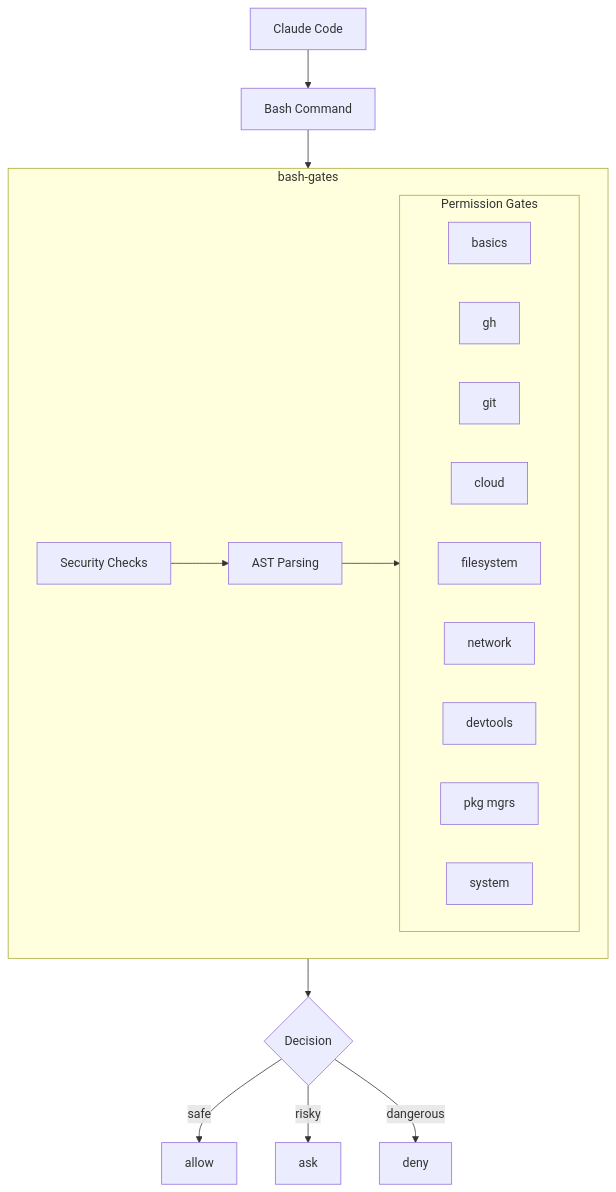
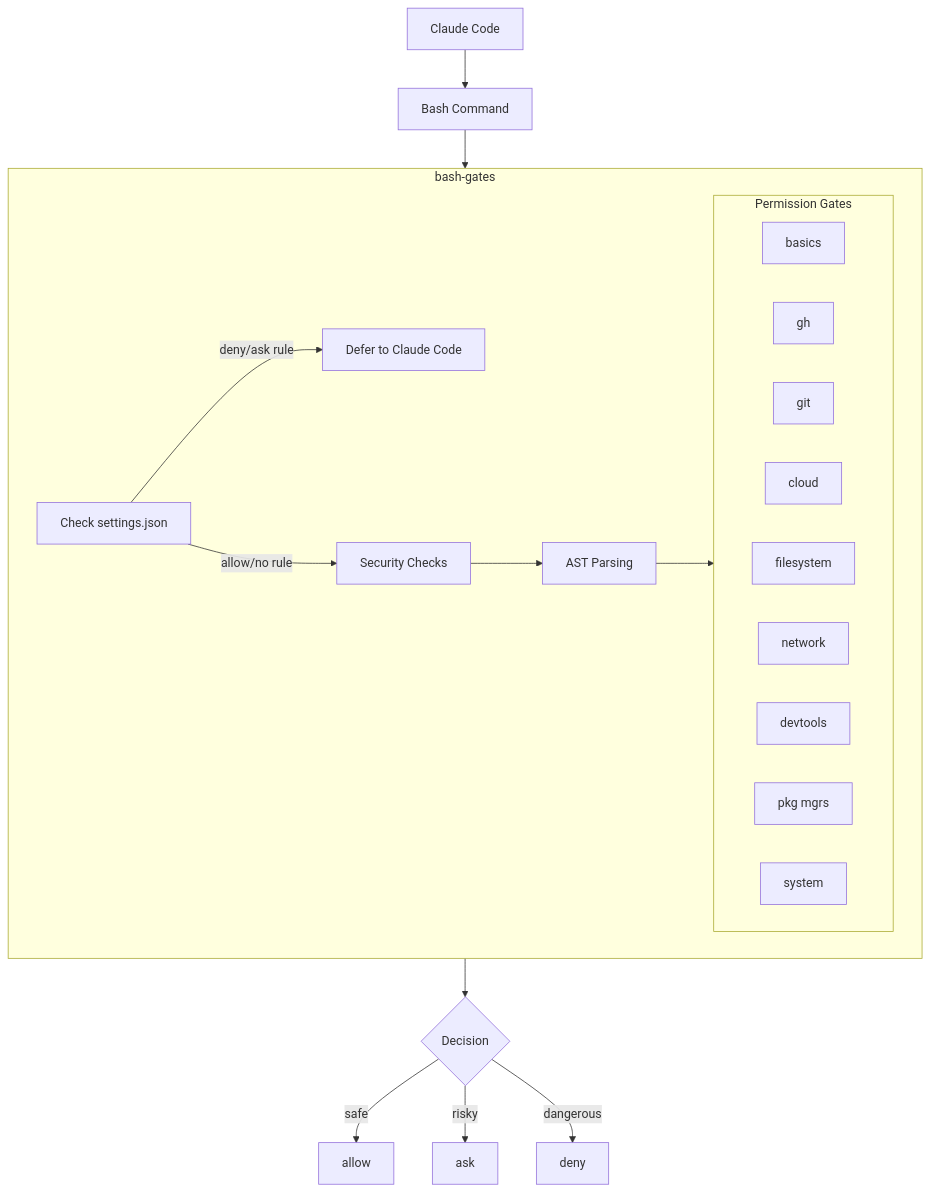
One commit to camjac251/bash-gates changed the diagram in README.md. Above: the diagram before and after it, drawn with Mermaid. The commit also changed other lines of this file and 7 other files, not shown here.

First line of the commit message:
feat(settings): integrate settings.json to respect user permissions

````diff
--- a/README.md
+++ b/README.md
@@ -35,29 +36,31 @@
 ```mermaid
 flowchart TD
     CC[Claude Code] --> CMD[Bash Command]
     CMD --> BG
 
     subgraph BG [bash-gates]
-        SEC[Security Checks]
+        SETTINGS[Check settings.json]
+        SETTINGS -->|deny/ask rule| DEFER[Defer to Claude Code]
+        SETTINGS -->|allow/no rule| SEC[Security Checks]
         SEC --> AST[AST Parsing]
         AST --> GATES
 
         subgraph GATES [Permission Gates]
             direction LR
             G1[basics]
             G2[gh]
             G3[git]
             G4[cloud]
             G5[filesystem]
             G6[network]
             G7[devtools]
             G8[pkg mgrs]
             G9[system]
         end
     end
 
     BG --> DECISION{Decision}
     DECISION -->|safe| ALLOW[allow]
     DECISION -->|risky| ASK[ask]
     DECISION -->|dangerous| DENY[deny]
 ```
````
